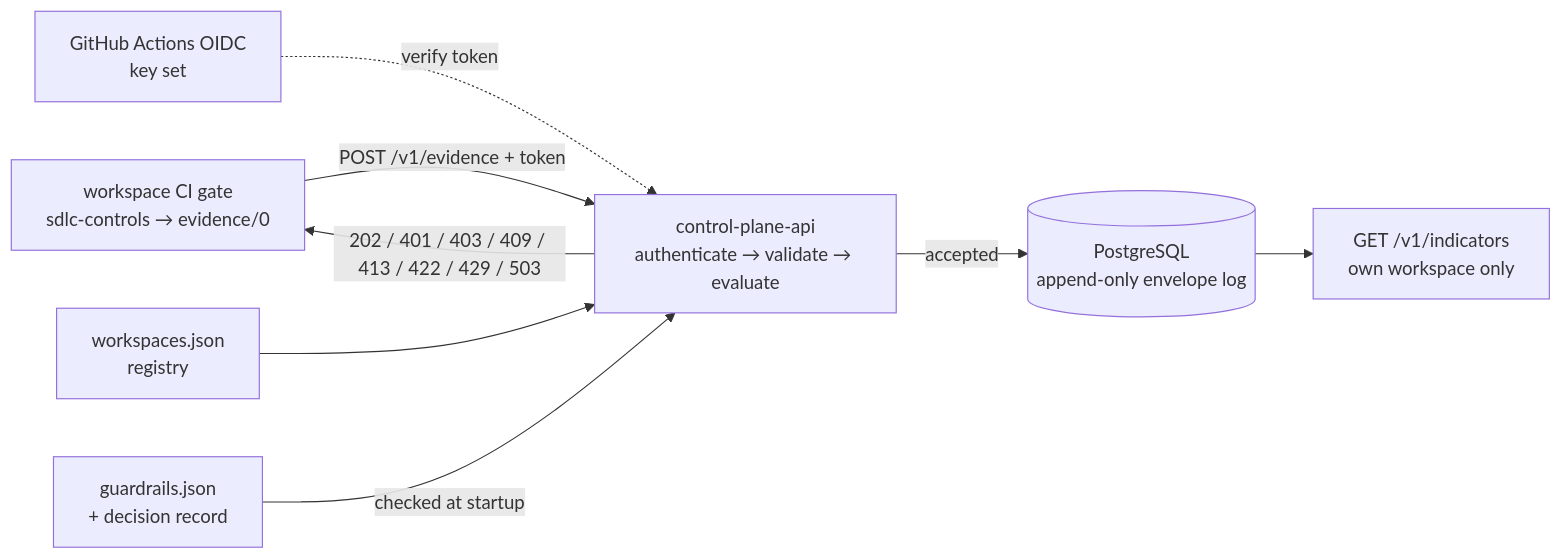
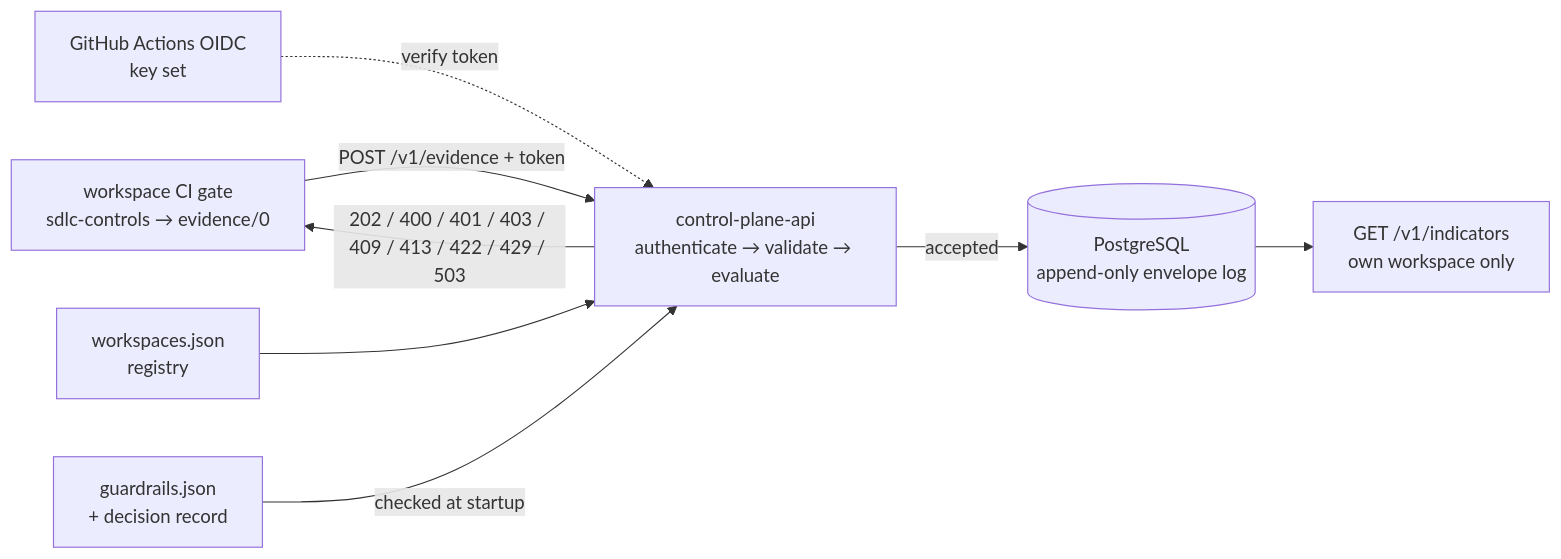
The diagram in README.md (codeaiforge/sdlc-control-plane), drawn with Mermaid before and after one commit. The commit also changed other lines of this file, not shown here.

First line of the commit message:
docs(readme): link lifecycle, add 400, note gate scope

````diff
--- a/README.md
+++ b/README.md
@@ -35,18 +35,18 @@
 ```mermaid
 flowchart LR
     gate["workspace CI gate<br/>sdlc-controls → evidence/0"]
     oidc["GitHub Actions OIDC<br/>key set"]
     registry["workspaces.json<br/>registry"]
     policy["guardrails.json<br/>+ decision record"]
     api["control-plane-api<br/>authenticate → validate → evaluate"]
     store[("PostgreSQL<br/>append-only envelope log")]
     indicators["GET /v1/indicators<br/>own workspace only"]
 
     gate -- "POST /v1/evidence + token" --> api
     oidc -. "verify token" .-> api
     registry --> api
     policy -- "checked at startup" --> api
     api -- "accepted" --> store
-    api -- "202 / 401 / 403 / 409 / 413 / 422 / 429 / 503" --> gate
+    api -- "202 / 400 / 401 / 403 / 409 / 413 / 422 / 429 / 503" --> gate
     store --> indicators
 ```
````
